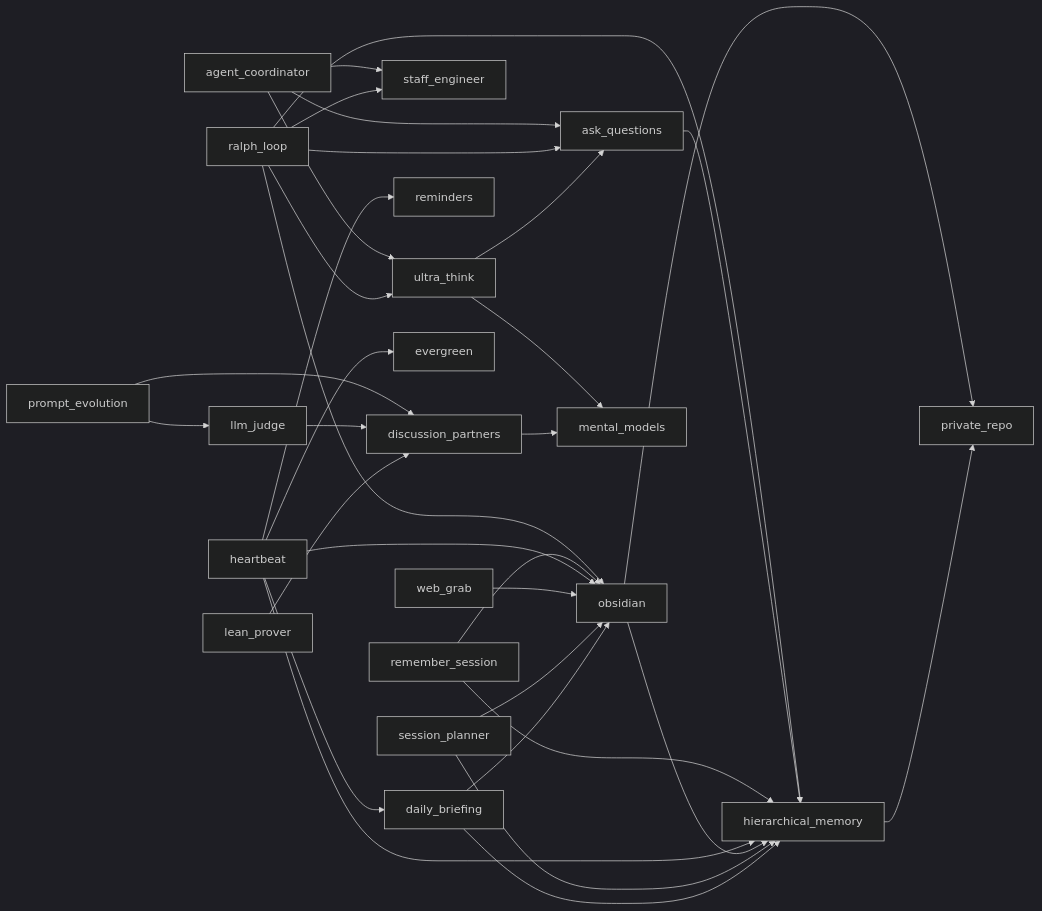
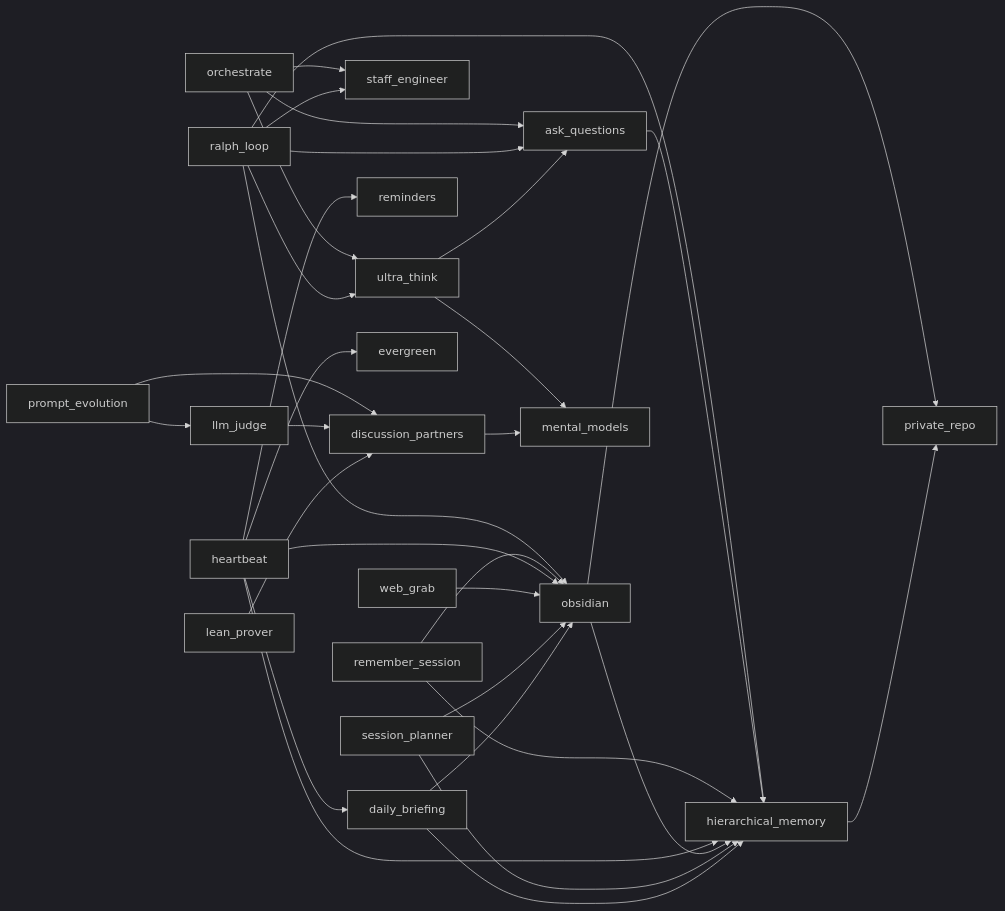
One commit to zachmayer/skills changed the diagram in README.md. Above: the diagram before and after it, drawn with Mermaid (dark theme). The commit also changed other lines of this file and 1 other file, not shown here.

Commit message:
Rename agent_coordinator → orchestrate, fix tool references
- Rename skill directory and frontmatter name to `orchestrate`
- Promote Agent Routing Guide to top-level section (before Phase 1)
- Fix misleading `{results.task-id}` placeholder — clarify that the
  coordinator must manually substitute upstream results into prompts
- Replace nonexistent `TodoWrite` with `TaskCreate`/`TaskUpdate`
- Update README.md skill table and mermaid graph

````diff
--- a/README.md
+++ b/README.md
@@ -97,34 +97,34 @@
 ```mermaid
 graph LR
-    agent_coordinator --> ultra_think
-    agent_coordinator --> staff_engineer
-    agent_coordinator --> ask_questions
+    orchestrate --> ultra_think
+    orchestrate --> staff_engineer
+    orchestrate --> ask_questions
     ralph_loop --> ultra_think
     ralph_loop --> staff_engineer
     ralph_loop --> ask_questions
     ralph_loop --> hierarchical_memory
     ralph_loop --> obsidian
     ultra_think --> mental_models
     ultra_think --> ask_questions
     ask_questions --> hierarchical_memory
     prompt_evolution --> discussion_partners
     prompt_evolution --> llm_judge
     llm_judge --> discussion_partners
     discussion_partners --> mental_models
     remember_session --> hierarchical_memory
     remember_session --> obsidian
     heartbeat --> hierarchical_memory
     heartbeat --> obsidian
     heartbeat --> reminders
     heartbeat --> daily_briefing
     heartbeat --> evergreen
     obsidian --> hierarchical_memory
     obsidian --> private_repo
     hierarchical_memory --> private_repo
     web_grab --> obsidian
     lean_prover --> discussion_partners
     session_planner --> hierarchical_memory
     session_planner --> obsidian
     daily_briefing --> hierarchical_memory
     daily_briefing --> obsidian
 ```
````
